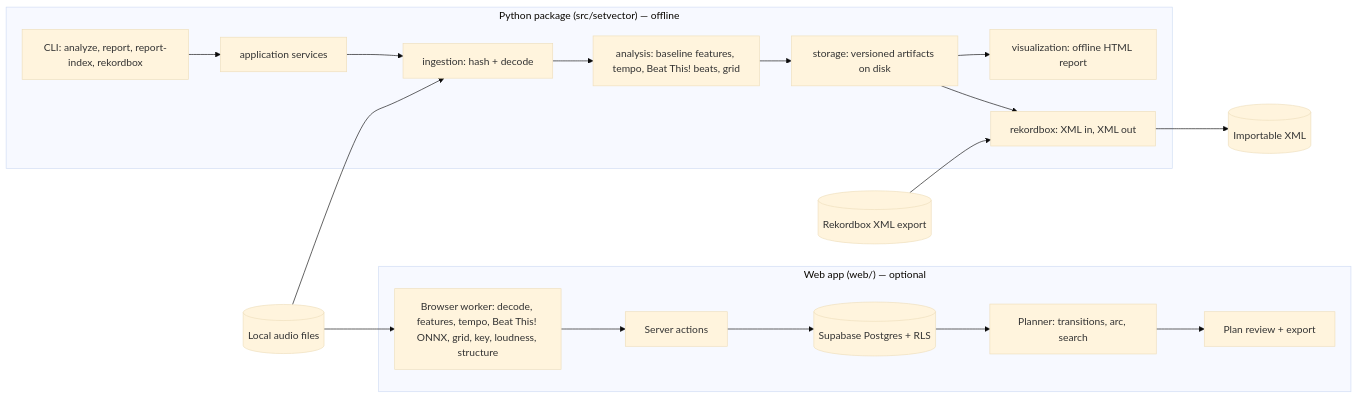
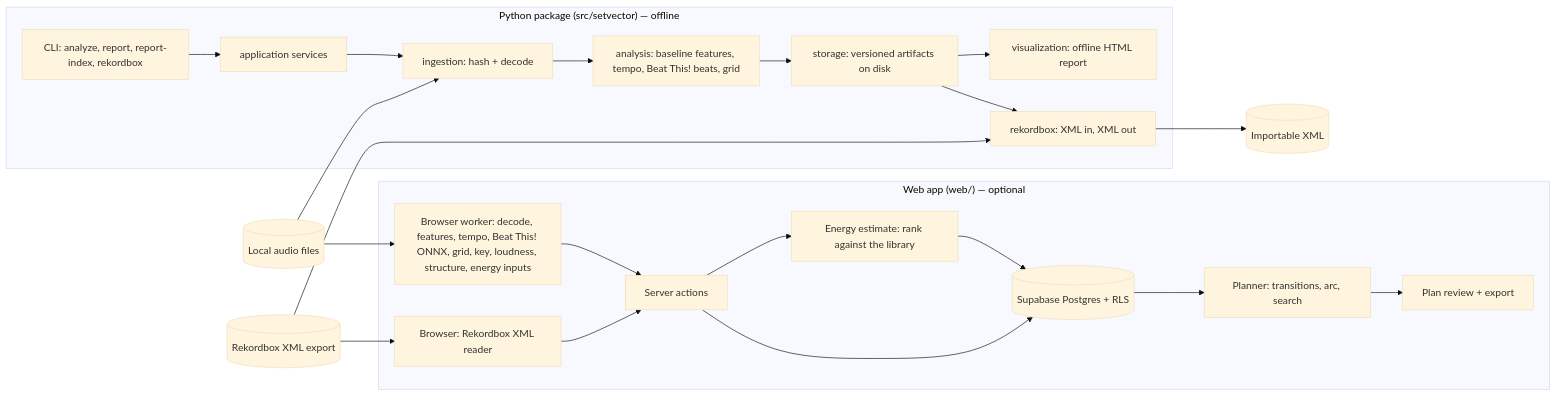
The diagram in docs/how-it-works/overview.md (Diamonse/set-vector), drawn with Mermaid (base theme) before and after one commit. The commit also changed other lines of this file and 9 other files, not shown here.

Commit message:
docs: cover energy estimates, Rekordbox import and phrase cues in how-it-works

````diff
--- a/docs/how-it-works/overview.md
+++ b/docs/how-it-works/overview.md
@@ -7,21 +7,25 @@
 ```mermaid
 flowchart LR
     subgraph PY["Python package (src/setvector) — offline"]
         CLI[CLI: analyze, report, report-index, rekordbox] --> APP[application services]
         APP --> ING[ingestion: hash + decode]
         ING --> ANA[analysis: baseline features, tempo, Beat This! beats, grid]
         ANA --> STO[storage: versioned artifacts on disk]
         STO --> VIS[visualization: offline HTML report]
         STO --> RB[rekordbox: XML in, XML out]
     end
     subgraph WEB["Web app (web/) — optional"]
-        BR[Browser worker: decode, features, tempo, Beat This! ONNX, grid, key, loudness, structure] --> SA[Server actions]
+        BR[Browser worker: decode, features, tempo, Beat This! ONNX, grid, key, loudness, structure, energy inputs] --> SA[Server actions]
+        RBIN[Browser: Rekordbox XML reader] --> SA
+        SA --> EN[Energy estimate: rank against the library]
+        EN --> DB
         SA --> DB[(Supabase Postgres + RLS)]
         DB --> PL[Planner: transitions, arc, search]
         PL --> UI[Plan review + export]
     end
     AUDIO[(Local audio files)] --> ING
     AUDIO --> BR
     RBXML[(Rekordbox XML export)] --> RB
+    RBXML --> RBIN
     RB --> RBOUT[(Importable XML)]
 ```
````
